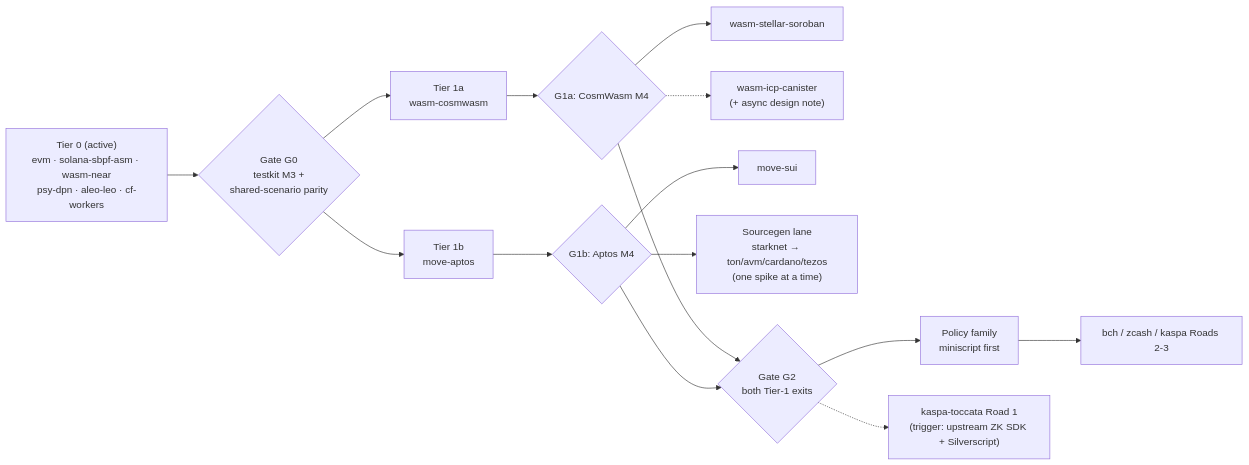
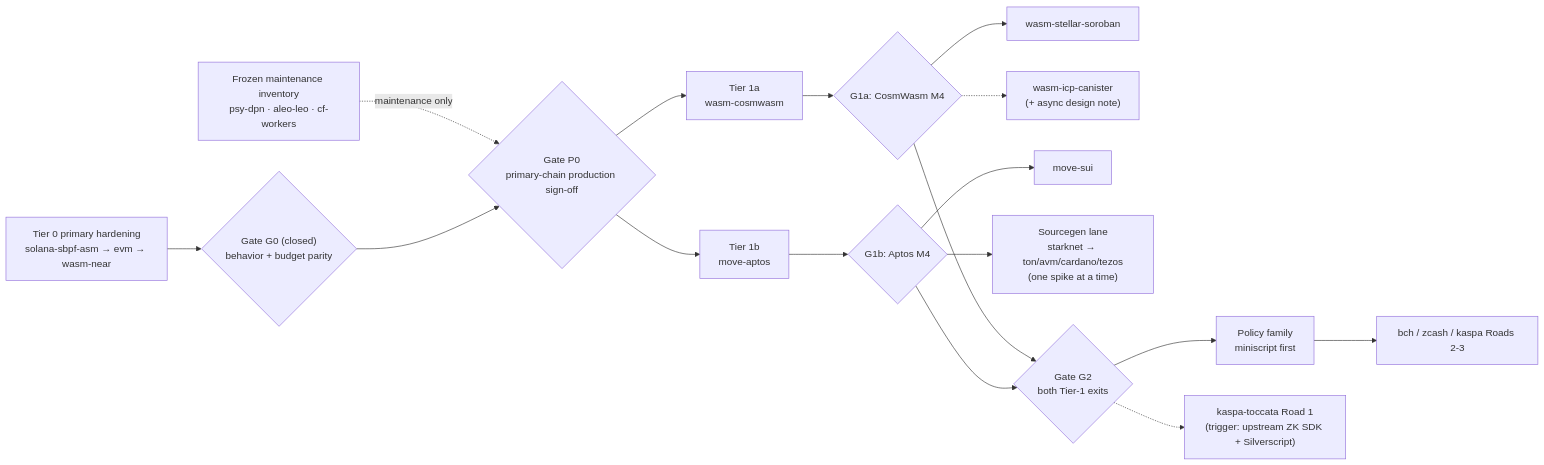
The diagram in docs/target-roadmap.md (yizhinailong/proof_forge), drawn with Mermaid before and after one commit. The commit also changed other lines of this file and 13 other files, not shown here.

````diff
--- a/docs/target-roadmap.md
+++ b/docs/target-roadmap.md
@@ -259,28 +265,32 @@
 ```mermaid
 flowchart LR
-  T0["Tier 0 (active)<br/>evm · solana-sbpf-asm · wasm-near<br/>psy-dpn · aleo-leo · cf-workers"]
-  G0{"Gate G0<br/>testkit M3 +<br/>shared-scenario parity"}
+  T0["Tier 0 primary hardening<br/>solana-sbpf-asm → evm → wasm-near"]
+  AUX["Frozen maintenance inventory<br/>psy-dpn · aleo-leo · cf-workers"]
+  G0{"Gate G0 (closed)<br/>behavior + budget parity"}
+  P0{"Gate P0<br/>primary-chain production sign-off"}
   CW["Tier 1a<br/>wasm-cosmwasm"]
   AP["Tier 1b<br/>move-aptos"]
   G1a{"G1a: CosmWasm M4"}
   G1b{"G1b: Aptos M4"}
   SOR["wasm-stellar-soroban"]
   ICP["wasm-icp-canister<br/>(+ async design note)"]
   SUI["move-sui"]
   SRC["Sourcegen lane<br/>starknet → ton/avm/cardano/tezos<br/>(one spike at a time)"]
   G2{"Gate G2<br/>both Tier-1 exits"}
   BTC["Policy family<br/>miniscript first"]
   KAS["kaspa-toccata Road 1<br/>(trigger: upstream ZK SDK + Silverscript)"]
   ZC["bch / zcash / kaspa Roads 2-3"]
 
   T0 --> G0
-  G0 --> CW & AP
+  AUX -. maintenance only .-> P0
+  G0 --> P0
+  P0 --> CW & AP
   CW --> G1a --> SOR
   G1a -.-> ICP
   AP --> G1b --> SUI
   G1b --> SRC
   G1a & G1b --> G2
   G2 --> BTC
   G2 -.-> KAS
   BTC --> ZC
 ```
````
